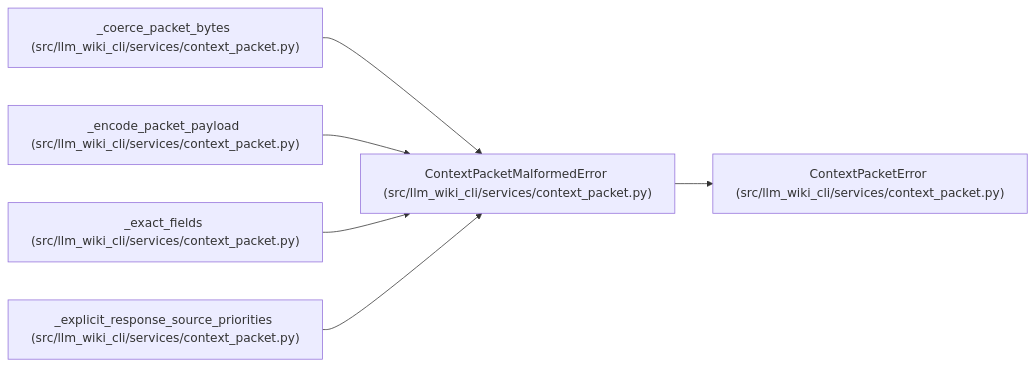
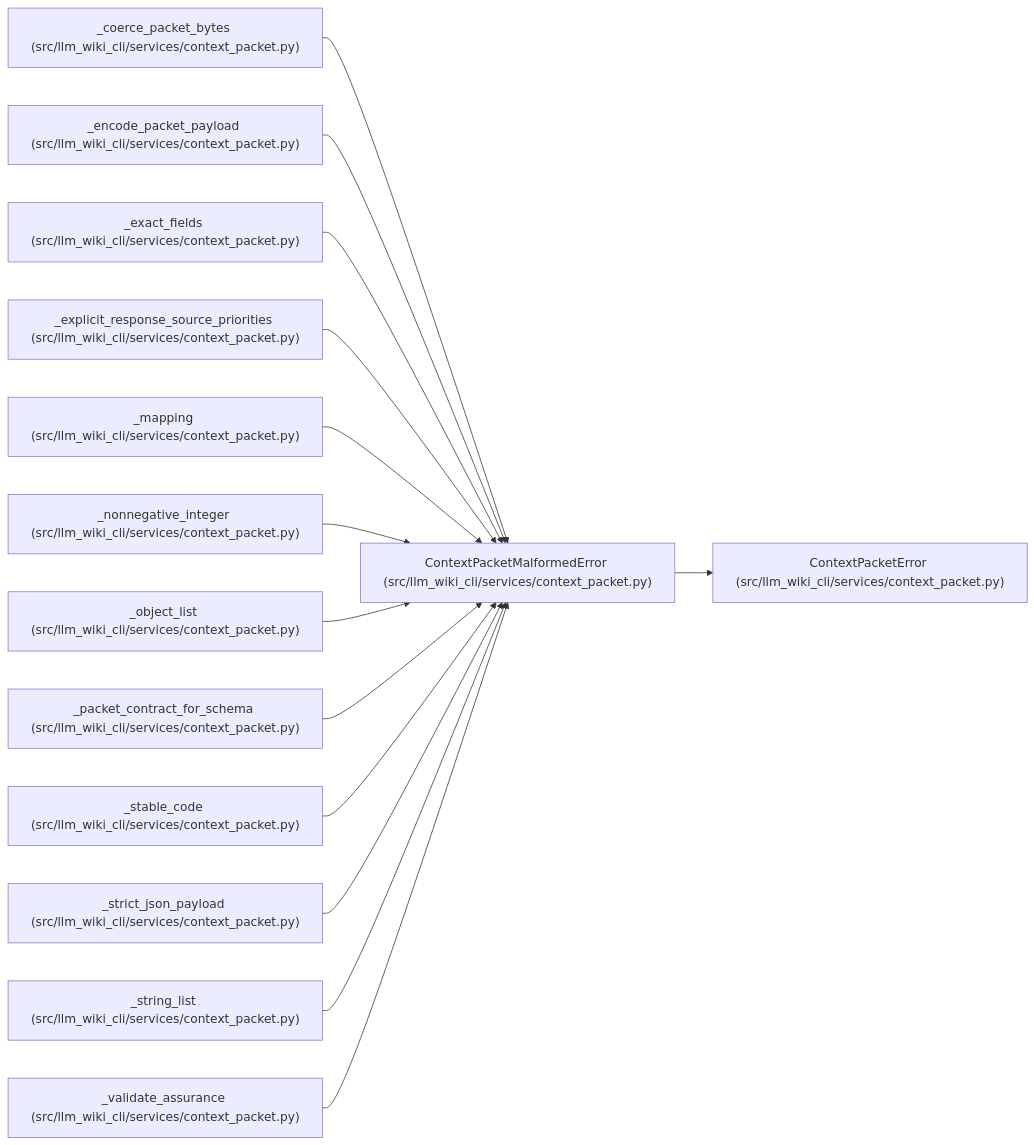
One commit to Denissvgn/python-wiki-llm changed the diagram in docs/llm_wiki/entities/ContextPacketMalformedError.md. Above: the diagram before and after it, drawn with Mermaid. The commit also changed other lines of this file and 493 other files, not shown here.

````diff
--- a/docs/llm_wiki/entities/ContextPacketMalformedError.md
+++ b/docs/llm_wiki/entities/ContextPacketMalformedError.md
@@ -25,20 +25,44 @@
 ```mermaid
 flowchart LR
     n0["ContextPacketMalformedError (src/llm_wiki_cli/services/context_packet.py)"]
     n1["ContextPacketError (src/llm_wiki_cli/services/context_packet.py)"]
     n2["_coerce_packet_bytes (src/llm_wiki_cli/services/context_packet.py)"]
     n3["_encode_packet_payload (src/llm_wiki_cli/services/context_packet.py)"]
     n4["_exact_fields (src/llm_wiki_cli/services/context_packet.py)"]
     n5["_explicit_response_source_priorities (src/llm_wiki_cli/services/context_packet.py)"]
+    n6["_mapping (src/llm_wiki_cli/services/context_packet.py)"]
+    n7["_nonnegative_integer (src/llm_wiki_cli/services/context_packet.py)"]
+    n8["_object_list (src/llm_wiki_cli/services/context_packet.py)"]
+    n9["_packet_contract_for_schema (src/llm_wiki_cli/services/context_packet.py)"]
+    n10["_stable_code (src/llm_wiki_cli/services/context_packet.py)"]
+    n11["_strict_json_payload (src/llm_wiki_cli/services/context_packet.py)"]
+    n12["_string_list (src/llm_wiki_cli/services/context_packet.py)"]
+    n13["_validate_assurance (src/llm_wiki_cli/services/context_packet.py)"]
     n0 --> n1
     n2 --> n0
     n3 --> n0
     n4 --> n0
     n5 --> n0
+    n6 --> n0
+    n7 --> n0
+    n8 --> n0
+    n9 --> n0
+    n10 --> n0
+    n11 --> n0
+    n12 --> n0
+    n13 --> n0
     click n0 "../modules/context_packet.md"
     click n1 "../modules/context_packet.md"
     click n2 "../modules/context_packet.md"
     click n3 "../modules/context_packet.md"
     click n4 "../modules/context_packet.md"
     click n5 "../modules/context_packet.md"
+    click n6 "../modules/context_packet.md"
+    click n7 "../modules/context_packet.md"
+    click n8 "../modules/context_packet.md"
+    click n9 "../modules/context_packet.md"
+    click n10 "../modules/context_packet.md"
+    click n11 "../modules/context_packet.md"
+    click n12 "../modules/context_packet.md"
+    click n13 "../modules/context_packet.md"
 ```
````
